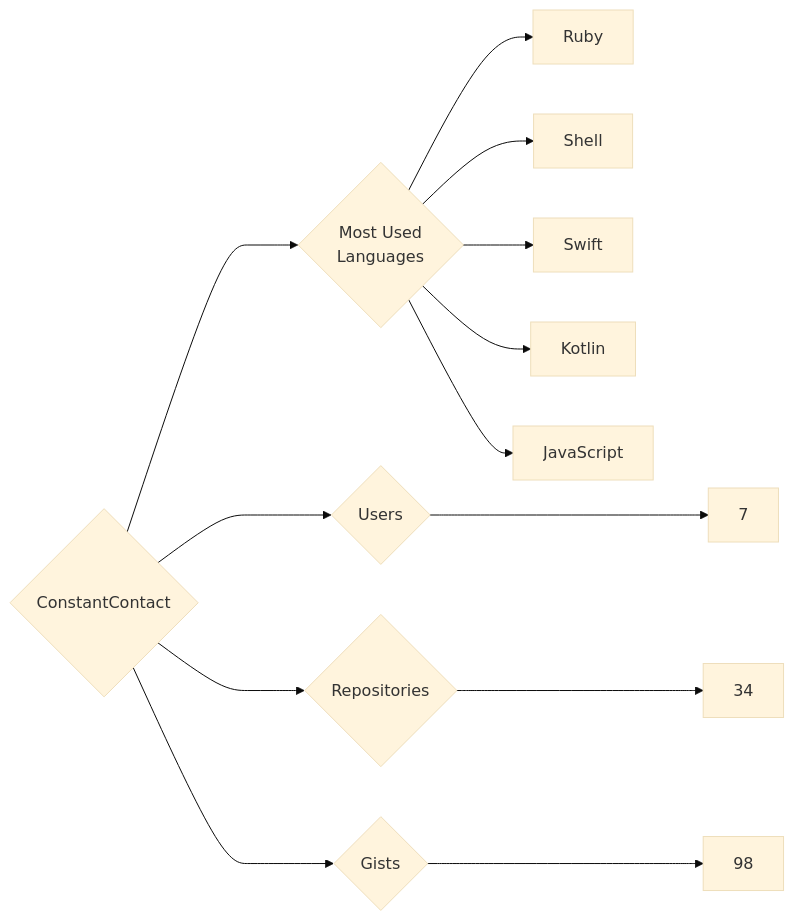
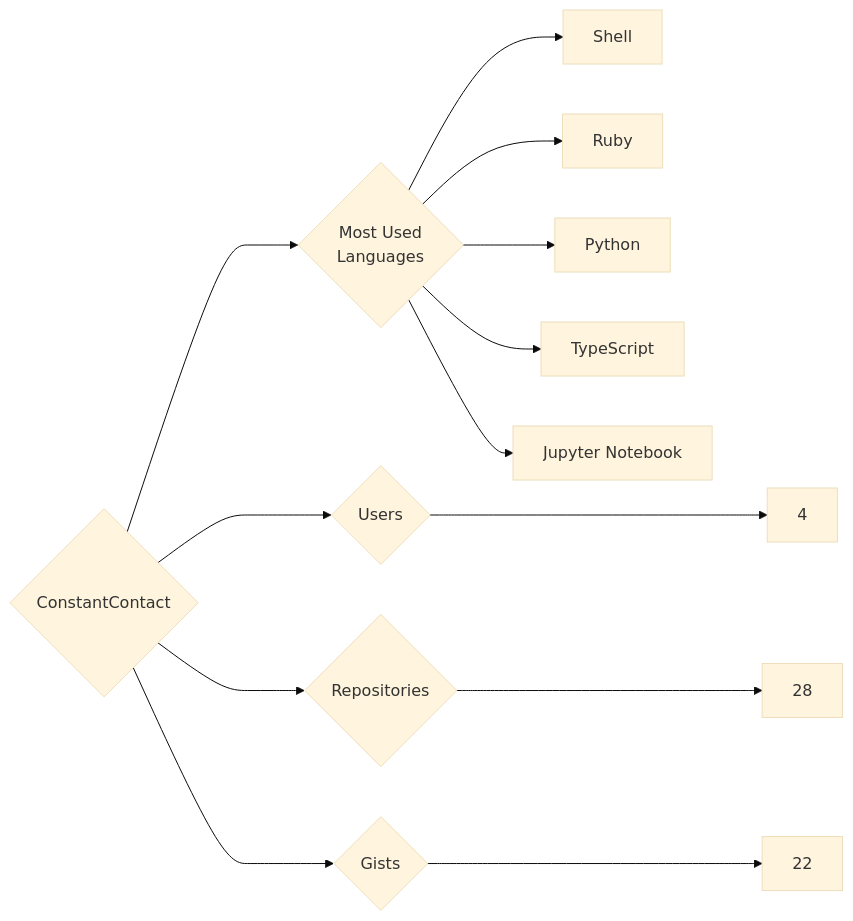
Before and after one commit to trickest/insiders: the diagram in targets/ConstantContact/README.md, drawn with Mermaid (base theme). The commit also changed 934 other files, not shown here.

````diff
--- a/targets/ConstantContact/README.md
+++ b/targets/ConstantContact/README.md
@@ -3,13 +3,13 @@
 ```mermaid
 graph LR
 COMPANY_NAME{ConstantContact}
-COMPANY_NAME ---> U{Users} ---> UN[7]
-COMPANY_NAME ---> R{Repositories} ---> RN[34]
-COMPANY_NAME ---> G{Gists} ---> GN[98]
+COMPANY_NAME ---> U{Users} ---> UN[4]
+COMPANY_NAME ---> R{Repositories} ---> RN[28]
+COMPANY_NAME ---> G{Gists} ---> GN[22]
 COMPANY_NAME ---> ML{Most Used<br>Languages}
+ML --> Shell[Shell]
 ML --> Ruby[Ruby]
-ML --> Shell[Shell]
-ML --> Swift[Swift]
-ML --> Kotlin[Kotlin]
-ML --> JavaScript[JavaScript]
+ML --> Python[Python]
+ML --> TypeScript[TypeScript]
+ML --> Jupyter_Notebook[Jupyter Notebook]
 ```
````
